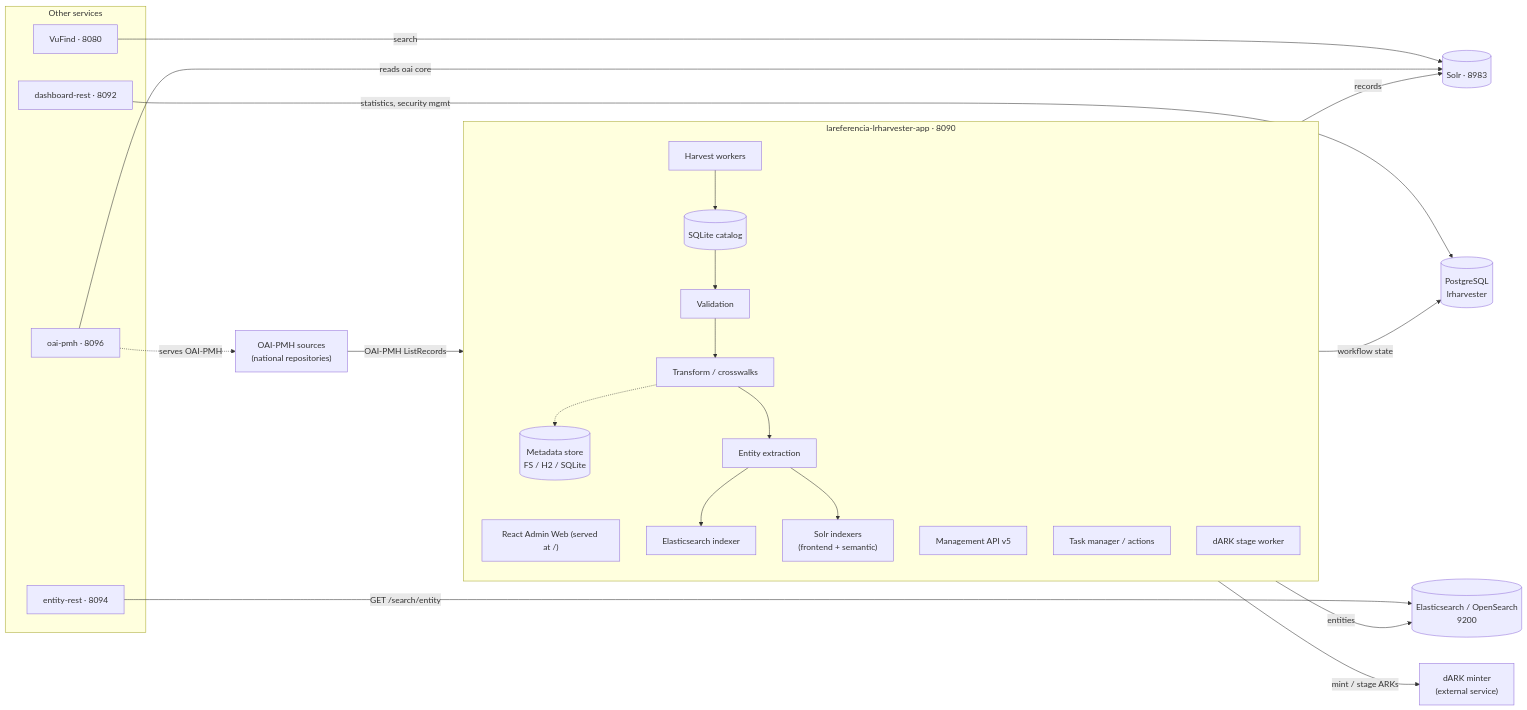
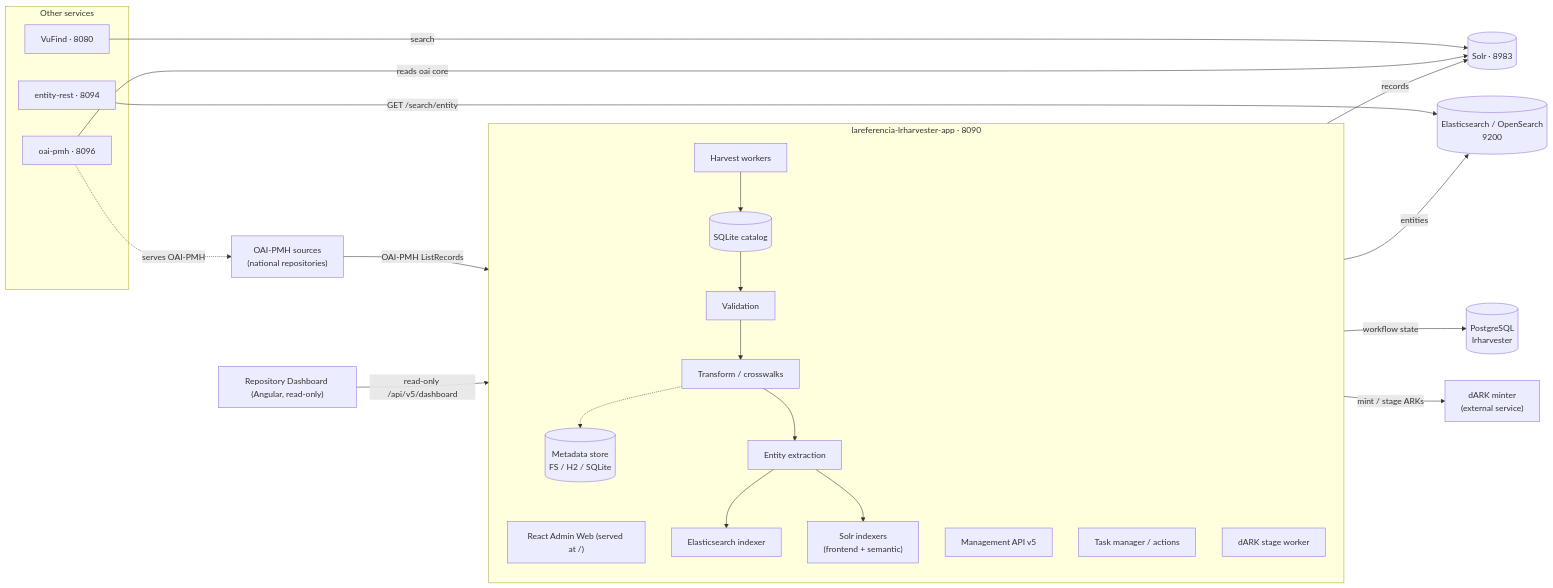
The diagram in docs/ARCHITECTURE.md (lareferencia/lareferencia-platform), drawn with Mermaid before and after one commit. The commit also changed other lines of this file and 14 other files, not shown here.

````diff
--- a/docs/ARCHITECTURE.md
+++ b/docs/ARCHITECTURE.md
@@ -13,41 +13,42 @@
 ```mermaid
 flowchart LR
     SRC["OAI-PMH sources<br/>(national repositories)"]
 
     subgraph HARV["lareferencia-lrharvester-app · 8090"]
         direction TB
         AW["React Admin Web (served at /)"]
         V5["Management API v5"]
         TM["Task manager / actions"]
         HW["Harvest workers"] --> CAT[("SQLite catalog")]
         CAT --> VAL["Validation"] --> CW["Transform / crosswalks"]
         CW -.-> MST[("Metadata store<br/>FS / H2 / SQLite")]
         CW --> EE["Entity extraction"]
         EE --> ESI["Elasticsearch indexer"]
         EE --> SOI["Solr indexers<br/>(frontend + semantic)"]
         STG["dARK stage worker"]
     end
 
     PG[("PostgreSQL<br/>lrharvester")]
     ES[("Elasticsearch / OpenSearch<br/>9200")]
     SOLR[("Solr · 8983")]
     DARK["dARK minter<br/>(external service)"]
 
     subgraph CONS["Other services"]
         VUF["VuFind · 8080"]
-        DASH["dashboard-rest · 8092"]
         ENT["entity-rest · 8094"]
         OAIP["oai-pmh · 8096"]
     end
+
+    RDB["Repository Dashboard (Angular, read-only)"]
 
     SRC -->|"OAI-PMH ListRecords"| HW
     ESI -->|"entities"| ES
     SOI -->|"records"| SOLR
     TM -->|"workflow state"| PG
     STG -->|"mint / stage ARKs"| DARK
     VUF -->|"search"| SOLR
     ENT -->|"GET /search/entity"| ES
-    DASH -->|"statistics, security mgmt"| PG
+    RDB -->|"read-only /api/v5/dashboard"| V5
     OAIP -->|"reads oai core"| SOLR
     OAIP -.->|"serves OAI-PMH"| SRC
 ```
````
